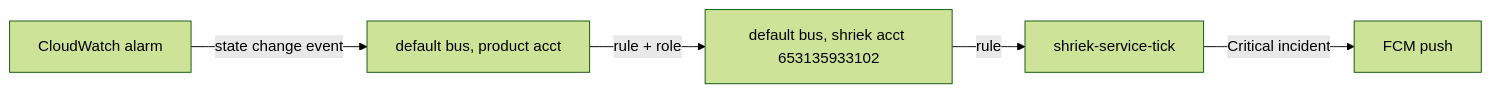
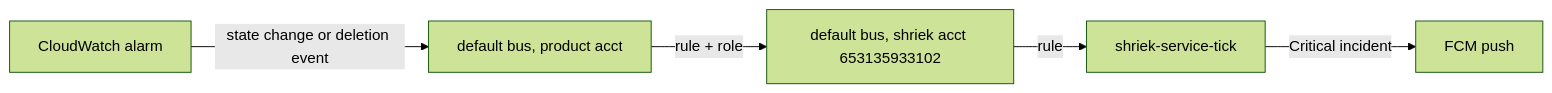
One commit to stackwell-labs/shared-terraform changed the second of 3 diagrams in README.md. Above: the diagram before and after it, drawn with Mermaid (forest theme). The commit also changed other lines of this file and 2 other files, not shown here.

First line of the commit message:
alarms-to-shriek: forward alarm deletions too (shriek#82)

````diff
--- a/README.md
+++ b/README.md
@@ -239,7 +242,7 @@
 ```mermaid
 flowchart LR
-  A[CloudWatch alarm] -->|state change event| B[default bus, product acct]
+  A[CloudWatch alarm] -->|state change or deletion event| B[default bus, product acct]
   B -->|rule + role| C[default bus, shriek acct 653135933102]
   C -->|rule| D[shriek-service-tick]
   D -->|Critical incident| E[FCM push]
 ```
````
